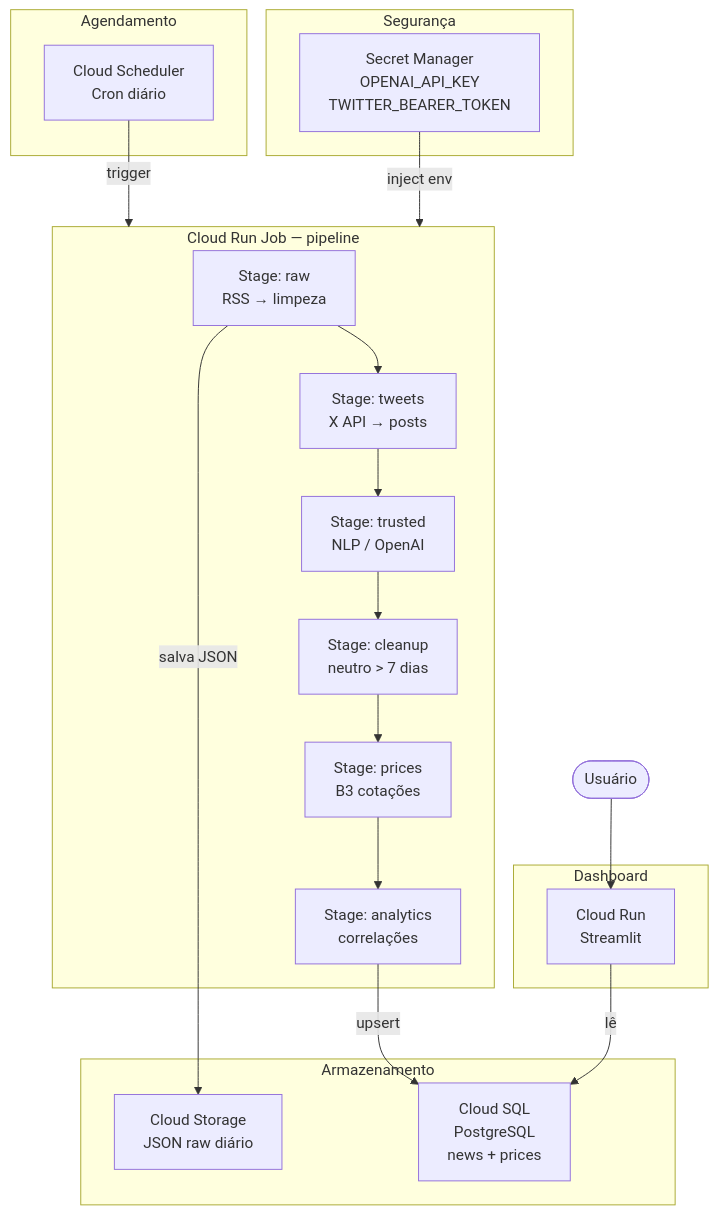
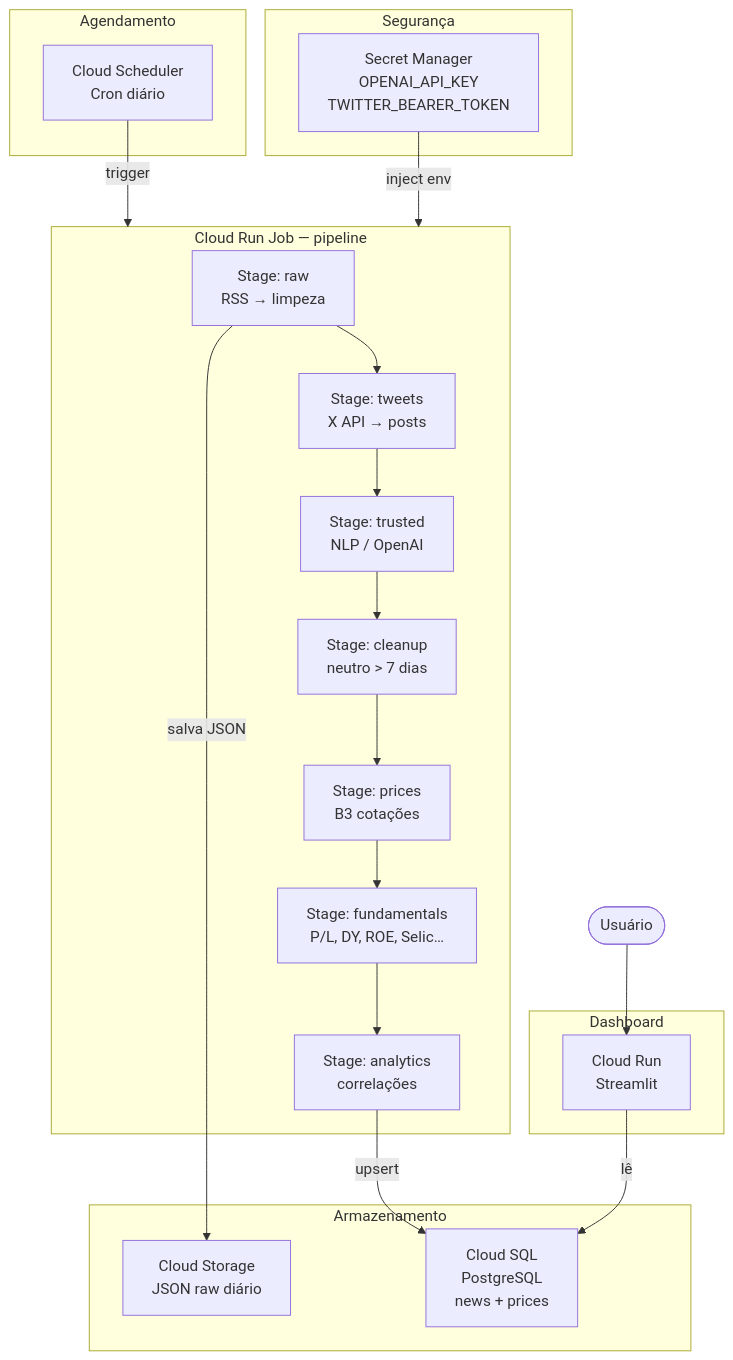
One commit to JotaVMuniz/b3-market-feeling-detector changed the diagram in README.md. Above: the diagram before and after it, drawn with Mermaid. The commit also changed other lines of this file, not shown here.

First line of the commit message:
docs: update README with fundamentals stage and filter behaviour

````diff
--- a/README.md
+++ b/README.md
@@ -126,36 +130,37 @@
 ```mermaid
 flowchart TD
     subgraph Agendamento
         CS[Cloud Scheduler\nCron diário]
     end
 
     subgraph Pipeline["Cloud Run Job — pipeline"]
         R[Stage: raw\nRSS → limpeza]
         TW[Stage: tweets\nX API → posts]
         T[Stage: trusted\nNLP / OpenAI]
         CL[Stage: cleanup\nneutro > 7 dias]
         P[Stage: prices\nB3 cotações]
+        F[Stage: fundamentals\nP/L, DY, ROE, Selic…]
         A[Stage: analytics\ncorrelações]
-        R --> TW --> T --> CL --> P --> A
+        R --> TW --> T --> CL --> P --> F --> A
     end
 
     subgraph Armazenamento
         GCS[Cloud Storage\nJSON raw diário]
         SQL[Cloud SQL\nPostgreSQL\nnews + prices]
     end
 
     subgraph Dashboard
         CR[Cloud Run\nStreamlit]
     end
 
     subgraph Segurança
         SM[Secret Manager\nOPENAI_API_KEY\nTWITTER_BEARER_TOKEN]
     end
 
     CS -->|trigger| Pipeline
     R -->|salva JSON| GCS
     A -->|upsert| SQL
     SM -->|inject env| Pipeline
     CR -->|lê| SQL
     Usuario([Usuário]) --> CR
 ```
````
